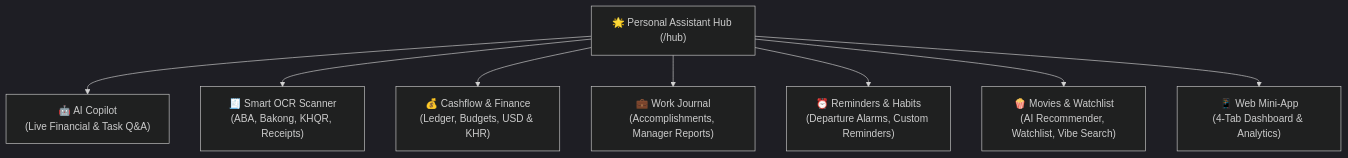
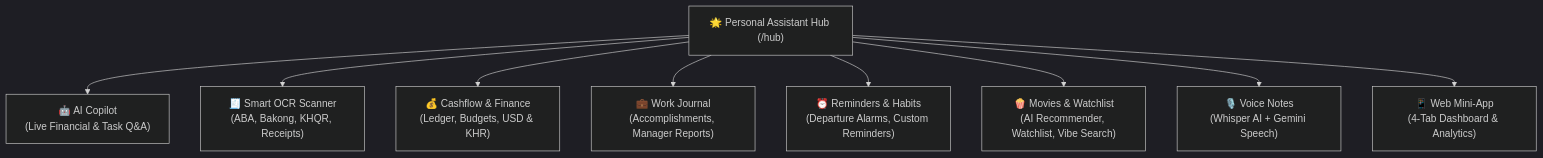
Before and after one commit to Sopheaktraleng/assistant-bot: the first of 2 diagrams in README.md, drawn with Mermaid (dark theme). The commit also changed other lines of this file and 1 other file, not shown here.

Commit message:
feat(voice): add hands-free voice notes with Workers AI Whisper and Gemini speech fallback

````diff
--- a/README.md
+++ b/README.md
@@ -19,11 +19,12 @@
 ```mermaid
 graph TD
     Hub["🌟 Personal Assistant Hub (/hub)"]
     Hub --> Copilot["🤖 AI Copilot<br/>(Live Financial & Task Q&A)"]
     Hub --> Scanner["🧾 Smart OCR Scanner<br/>(ABA, Bakong, KHQR, Receipts)"]
     Hub --> Finance["💰 Cashflow & Finance<br/>(Ledger, Budgets, USD & KHR)"]
     Hub --> Work["💼 Work Journal<br/>(Accomplishments, Manager Reports)"]
     Hub --> Alarms["⏰ Reminders & Habits<br/>(Departure Alarms, Custom Reminders)"]
     Hub --> Movies["🍿 Movies & Watchlist<br/>(AI Recommender, Watchlist, Vibe Search)"]
+    Hub --> Voice["🎙️ Voice Notes<br/>(Whisper AI + Gemini Speech)"]
     Hub --> Dashboard["📱 Web Mini-App<br/>(4-Tab Dashboard & Analytics)"]
 ```
````
